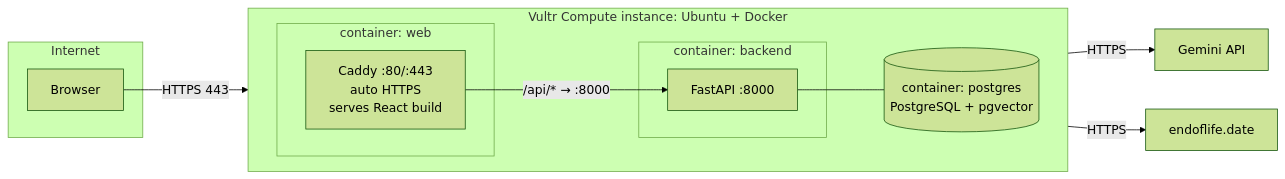
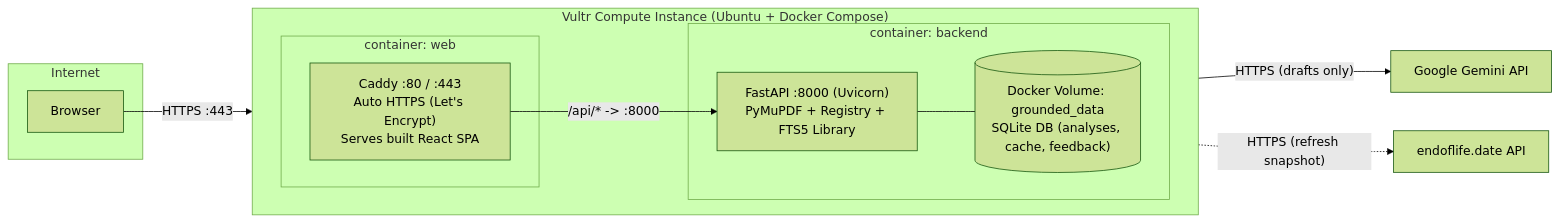
Before and after one commit to educ-jkescritor/GroundEd: the fourth of 4 diagrams in docs/architecture.md, drawn with Mermaid (forest theme). The commit also changed other lines of this file, not shown here.

Commit message:
docs: align architecture diagrams with registry and FTS5 pipeline

````diff
--- a/docs/architecture.md
+++ b/docs/architecture.md
@@ -75,21 +139,21 @@
 ```mermaid
 flowchart LR
     subgraph Internet
-      B[Browser]
+      B["Browser"]
     end
-    subgraph V[Vultr Compute instance: Ubuntu + Docker]
+    subgraph V["Vultr Compute Instance (Ubuntu + Docker Compose)"]
       direction LR
-      subgraph web[container: web]
-        C[Caddy :80/:443<br/>auto HTTPS<br/>serves React build]
+      subgraph web["container: web"]
+        C["Caddy :80 / :443<br/>Auto HTTPS (Let's Encrypt)<br/>Serves built React SPA"]
       end
-      subgraph be[container: backend]
-        A[FastAPI :8000]
+      subgraph be["container: backend"]
+        A["FastAPI :8000 (Uvicorn)<br/>PyMuPDF + Registry + FTS5 Library"]
+        S[("Docker Volume: grounded_data<br/>SQLite DB (analyses, cache, feedback)")]
+        A --- S
       end
-      PG[(container: postgres<br/>PostgreSQL + pgvector)]
-      A --- PG
     end
-    B -->|HTTPS 443| C
-    C -->|/api/* → :8000| A
-    A -->|HTTPS| G[Gemini API]
-    A -->|HTTPS| E[endoflife.date]
+    B -->|"HTTPS :443"| C
+    C -->|"/api/* -> :8000"| A
+    A -->|"HTTPS (drafts only)"| G["Google Gemini API"]
+    A -.->|"HTTPS (refresh snapshot)"| E["endoflife.date API"]
 ```
````
